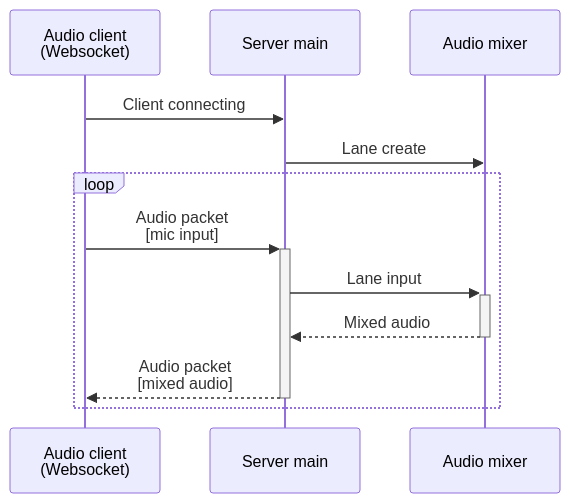
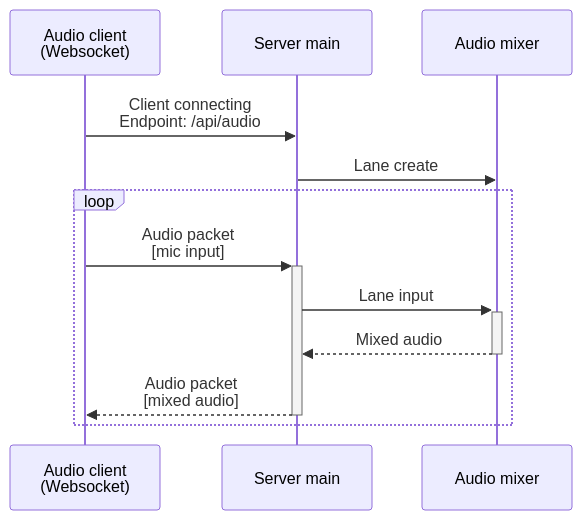
One commit to aKuad/web-intercom changed the first of 2 diagrams in designs/server-sequence.md. Above: the diagram before and after it, drawn with Mermaid. The commit also changed other lines of this file and 2 other files, not shown here.

Commit message:
Add: API endpoints defined & documentation added

````diff
--- a/designs/server-sequence.md
+++ b/designs/server-sequence.md
@@ -5,16 +5,16 @@
 ```mermaid
 sequenceDiagram
   participant WSA as Audio client<br>(Websocket)
   participant S as Server main
   participant AM as Audio mixer
 
-  WSA->>S: Client connecting
+  WSA->>S: Client connecting<br>Endpoint: /api/audio
   S->>AM: Lane create
 
   loop
     WSA->>+S: Audio packet<br>[mic input]
     S->>+AM: Lane input
     AM-->>-S: Mixed audio
     S-->>-WSA: Audio packet<br>[mixed audio]
   end
 ```
````
